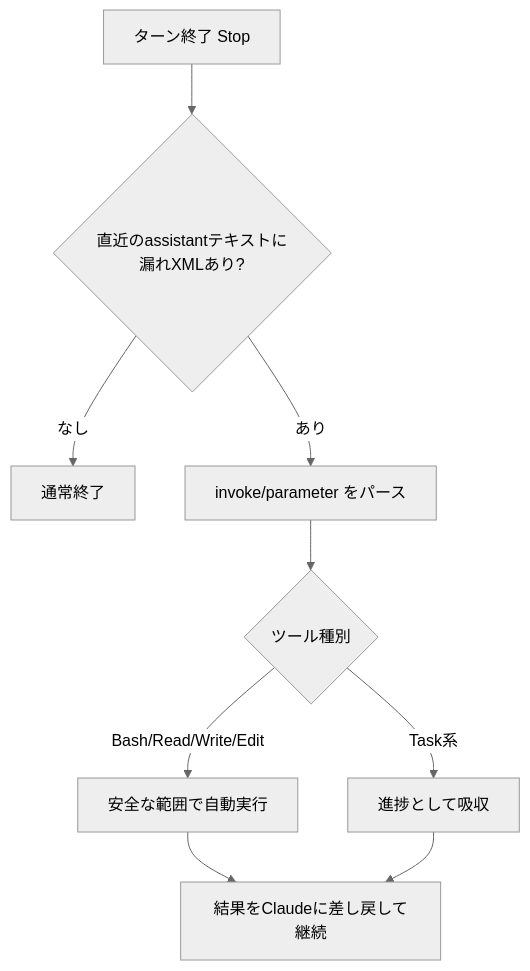
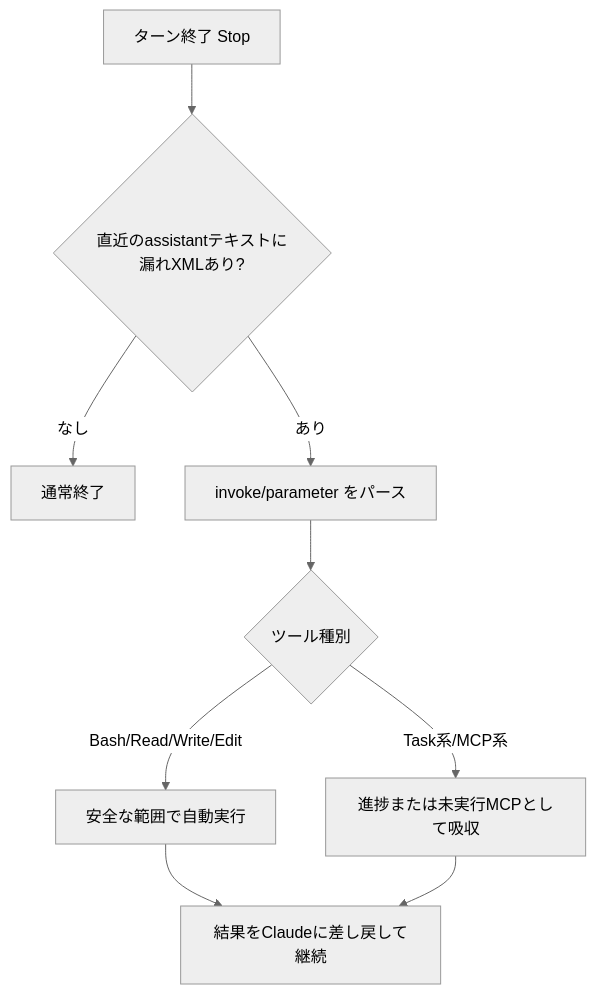
The diagram in README.md (cUDGk/claude-code-stall-recover-kit), drawn with Mermaid (neutral theme) before and after one commit. The commit also changed other lines of this file and 9 other files, not shown here.

````diff
--- a/README.md
+++ b/README.md
@@ -39,11 +41,11 @@
 ```mermaid
 flowchart TD
     A[ターン終了 Stop] --> B{直近のassistantテキストに漏れXMLあり?}
     B -- なし --> Z[通常終了]
     B -- あり --> C[invoke/parameter をパース]
     C --> D{ツール種別}
     D -- Bash/Read/Write/Edit --> E[安全な範囲で自動実行]
-    D -- Task系 --> F[進捗として吸収]
+    D -- Task系/MCP系 --> F[進捗または未実行MCPとして吸収]
     E --> G[結果をClaudeに差し戻して継続]
     F --> G
 ```
````
